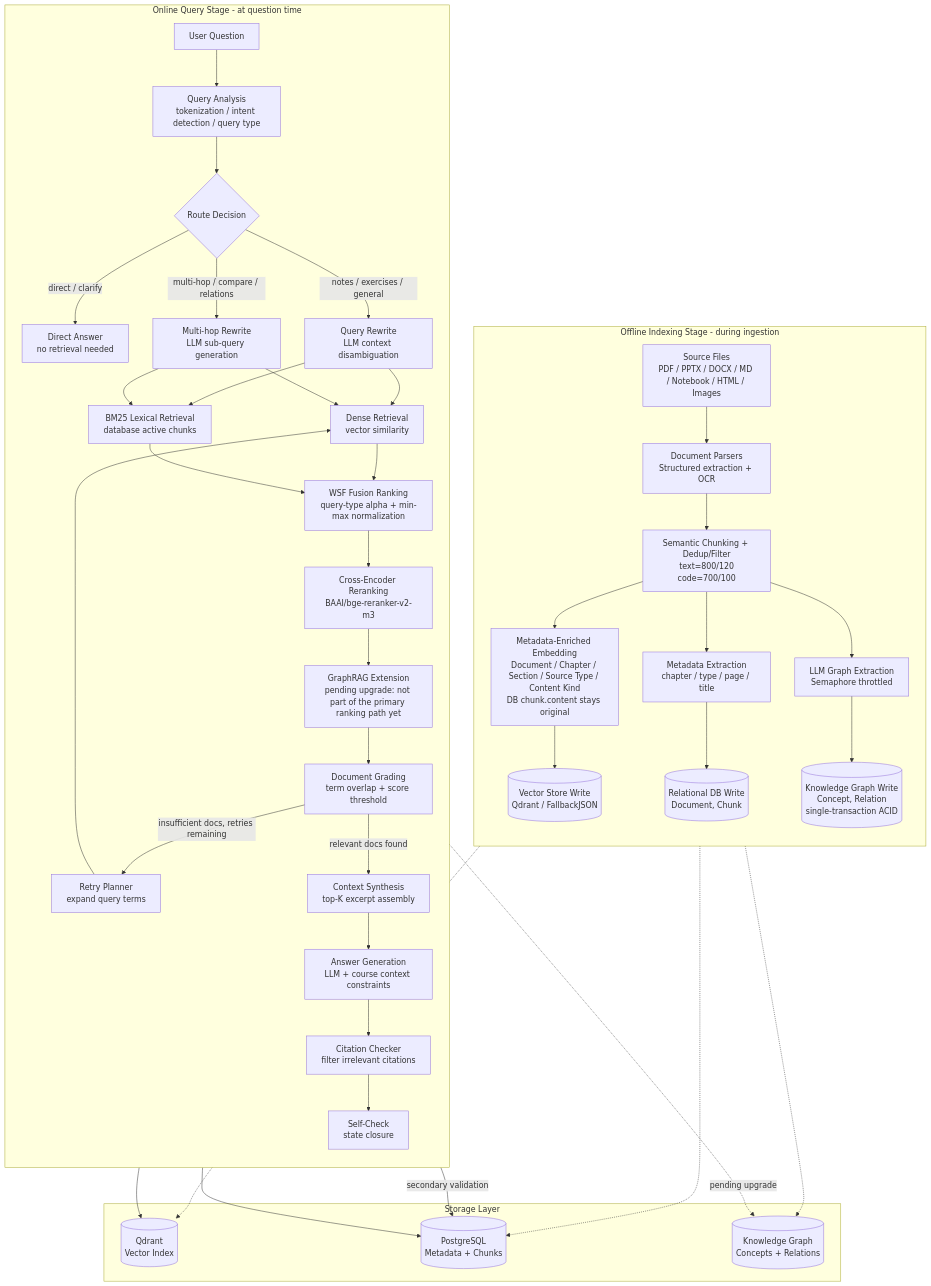
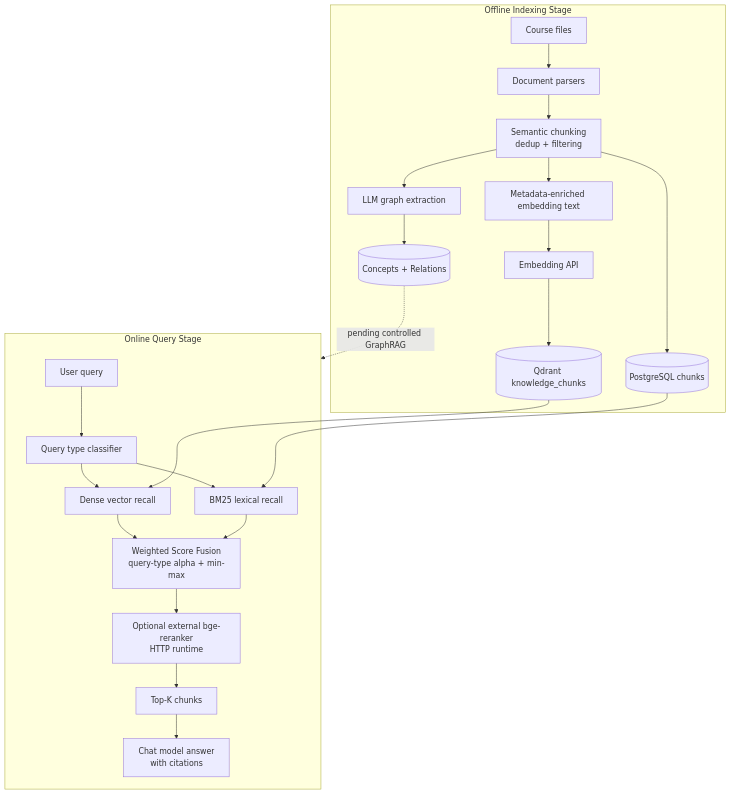
The fifth of 7 diagrams in README.en.md (Sggggt/DialoGraph), drawn with Mermaid before and after one commit. The commit also changed other lines of this file and 26 other files, not shown here.

````diff
--- a/README.en.md
+++ b/README.en.md
@@ -348,53 +195,28 @@
 ```mermaid
 flowchart TB
-    subgraph OFFLINE["Offline Indexing Stage - during ingestion"]
-        direction TB
-        SRC["Source Files<br/>PDF / PPTX / DOCX / MD / Notebook / HTML / Images"]
-        SRC --> PARSE["Document Parsers<br/>Structured extraction + OCR"]
-        PARSE --> CHUNK["Semantic Chunking + Dedup/Filter<br/>text=800/120<br/>code=700/100"]
-        CHUNK --> EMB["Metadata-Enriched Embedding<br/>Document / Chapter / Section / Source Type / Content Kind<br/>DB chunk.content stays original"]
-        CHUNK --> META["Metadata Extraction<br/>chapter / type / page / title"]
-        EMB --> VEC_W[("Vector Store Write<br/>Qdrant / FallbackJSON")]
-        META --> DB_W[("Relational DB Write<br/>Document, Chunk")]
-        CHUNK --> LLM_G["LLM Graph Extraction<br/>Semaphore throttled"]
-        LLM_G --> GRAPH_W[("Knowledge Graph Write<br/>Concept, Relation<br/>single-transaction ACID")]
+    subgraph OFFLINE["Offline Indexing Stage"]
+        SRC["Course files"] --> PARSE["Document parsers"]
+        PARSE --> CHUNK["Semantic chunking<br/>dedup + filtering"]
+        CHUNK --> EMBTXT["Metadata-enriched embedding text"]
+        EMBTXT --> EMB["Embedding API"]
+        EMB --> VEC[("Qdrant knowledge_chunks")]
+        CHUNK --> DBW[("PostgreSQL chunks")]
+        CHUNK --> GRAPH_EXTRACT["LLM graph extraction"]
+        GRAPH_EXTRACT --> KG[("Concepts + Relations")]
     end
 
-    subgraph ONLINE["Online Query Stage - at question time"]
-        direction TB
-        Q["User Question"] --> QA["Query Analysis<br/>tokenization / intent detection / query type"]
-        QA --> ROUTE{"Route Decision"}
-        ROUTE -->|direct / clarify| DIRECT["Direct Answer<br/>no retrieval needed"]
-        ROUTE -->|notes / exercises / general| REWRITE["Query Rewrite<br/>LLM context disambiguation"]
-        ROUTE -->|multi-hop / compare / relations| MULTI_HOP["Multi-hop Rewrite<br/>LLM sub-query generation"]
-        REWRITE --> DENSE["Dense Retrieval<br/>vector similarity"]
-        REWRITE --> LEX["BM25 Lexical Retrieval<br/>database active chunks"]
-        MULTI_HOP --> DENSE
-        MULTI_HOP --> LEX
-        DENSE --> WSF["WSF Fusion Ranking<br/>query-type alpha + min-max normalization"]
-        LEX --> WSF
-        WSF --> RERANK["Cross-Encoder Reranking<br/>BAAI/bge-reranker-v2-m3"]
-        RERANK --> GRAPH_EXT["GraphRAG Extension<br/>pending upgrade: not part of the primary ranking path yet"]
-        GRAPH_EXT --> GRADE["Document Grading<br/>term overlap + score threshold"]
-        GRADE -->|insufficient docs, retries remaining| RETRY["Retry Planner<br/>expand query terms"]
-        RETRY --> DENSE
-        GRADE -->|relevant docs found| CTX["Context Synthesis<br/>top-K excerpt assembly"]
-        CTX --> GEN["Answer Generation<br/>LLM + course context constraints"]
-        GEN --> CITE["Citation Checker<br/>filter irrelevant citations"]
-        CITE --> SELF["Self-Check<br/>state closure"]
+    subgraph ONLINE["Online Query Stage"]
+        Q["User query"] --> QT["Query type classifier"]
+        QT --> DENSE["Dense vector recall"]
+        QT --> BM25["BM25 lexical recall"]
+        DENSE --> WSF["Weighted Score Fusion<br/>query-type alpha + min-max"]
+        BM25 --> WSF
+        WSF --> RERANK["Optional external bge-reranker<br/>HTTP runtime"]
+        RERANK --> TOPK["Top-K chunks"]
+        TOPK --> ANSWER["Chat model answer<br/>with citations"]
     end
 
-    subgraph STORAGE["Storage Layer"]
-        VEC[("Qdrant<br/>Vector Index")]
-        DB[("PostgreSQL<br/>Metadata + Chunks")]
-        KG[("Knowledge Graph<br/>Concepts + Relations")]
-    end
-
-    VEC_W -.-> VEC
-    DB_W -.-> DB
-    GRAPH_W -.-> KG
-    DENSE --> VEC
-    LEX --> DB
-    GRAPH_EXT -. "pending upgrade" .-> KG
-    GRADE -->|secondary validation| DB
+    VEC --> DENSE
+    DBW --> BM25
+    KG -. "pending controlled GraphRAG" .-> ONLINE
 ```
````
